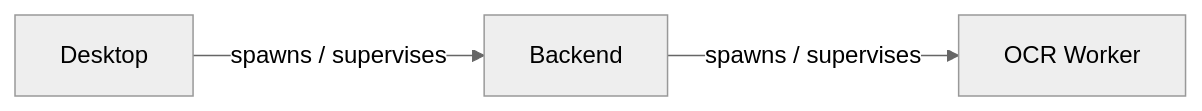
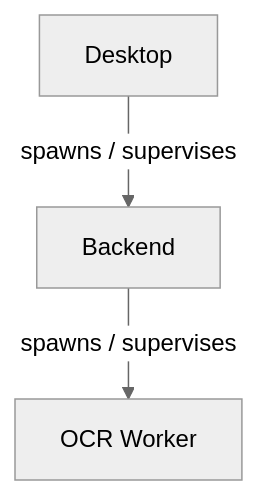
Before and after one commit to PatrykCieszynski/ZML: the diagram in AGENTS.md, drawn with Mermaid (neutral theme).

Commit message:
Make process ownership diagram vertical

````diff
--- a/AGENTS.md
+++ b/AGENTS.md
@@ -110,5 +110,5 @@
 ```mermaid
-flowchart LR
+flowchart TB
     Desktop -->|spawns / supervises| Backend
     Backend -->|spawns / supervises| Worker[OCR Worker]
 ```
````
